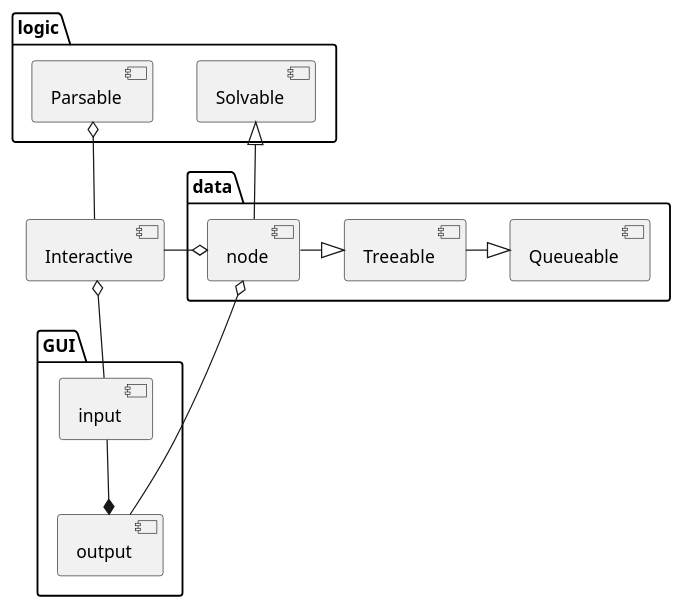
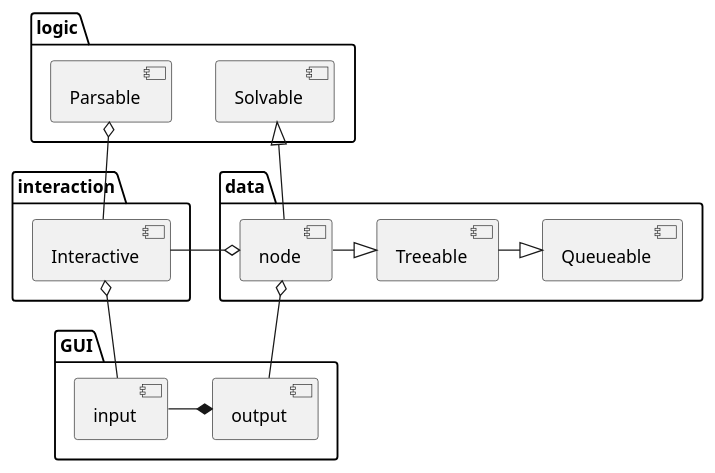
Before and after one commit to vitalispopoff/calculator: the diagram in src/docs/UML/architecture.puml, drawn with PlantUML. The commit also changed 15 other files, not shown here.

```diff
--- a/src/docs/UML/architecture.puml
+++ b/src/docs/UML/architecture.puml
@@ -1,37 +1,38 @@
 @startuml
 
 
 package GUI {
 
     component output
     component input
 }
 
 package logic {
     component Parsable
     component Solvable
 }
 
 package data {
     component Queueable
     component Treeable
     component node
 }
 
+package interaction{
 component Interactive
-
+}
 
 [input]     -up-o    [Interactive]
 
 [Interactive] -up-o     [Parsable]
 [Interactive] -right-o   [node]
 [Solvable]  <|-down-    [node]
 
-[output]    *-up-       [input]
+[output]    *-right-       [input]
 [output]    -up-o    [node]
 
 [Queueable] <|-left- [Treeable]
 
 [node]  -right-|>    [Treeable]
 
 @enduml
```
